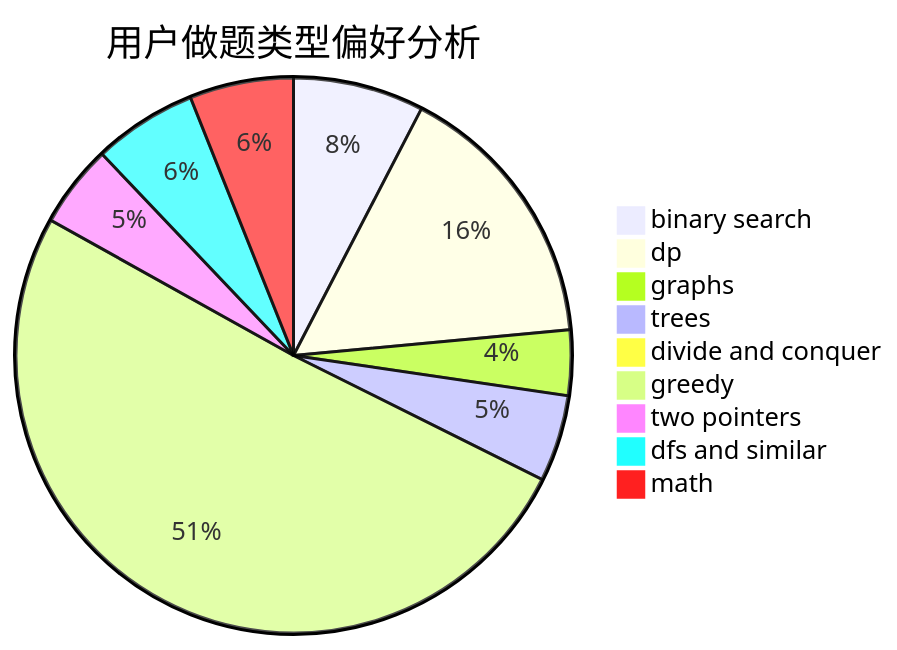
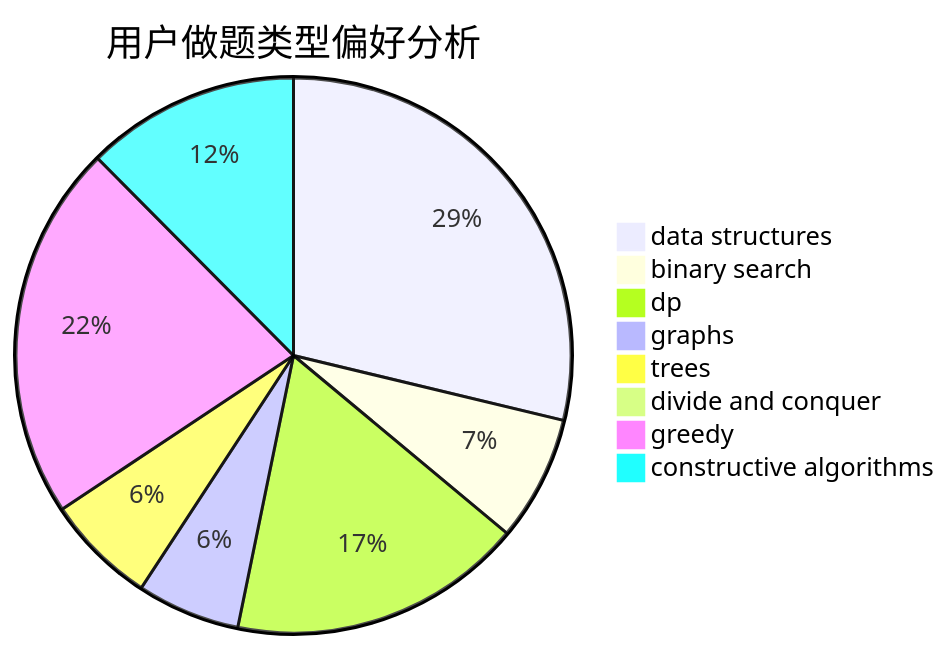
One commit to sherpahu/cfrs.github.io changed the second of 3 diagrams in docs/user/u1699.md. Above: the diagram before and after it, drawn with Mermaid. The commit also changed other lines of this file and 2775 other files, not shown here.

````diff
--- a/docs/user/u1699.md
+++ b/docs/user/u1699.md
@@ -23,12 +23,11 @@
 ```mermaid
 pie title 用户做题类型偏好分析
-    "binary search" :  68
-    "dp" :  142
-    "graphs" :  34
-    "trees" :  45
+    "data structures" :  67
+    "binary search" :  17
+    "dp" :  40
+    "graphs" :  14
+    "trees" :  15
     "divide and conquer" :  0
-    "greedy" :  453
-    "two pointers" :  43
-    "dfs and similar" :  54
-    "math" :  54
+    "greedy" :  51
+    "constructive algorithms" :  29
 ```
````
